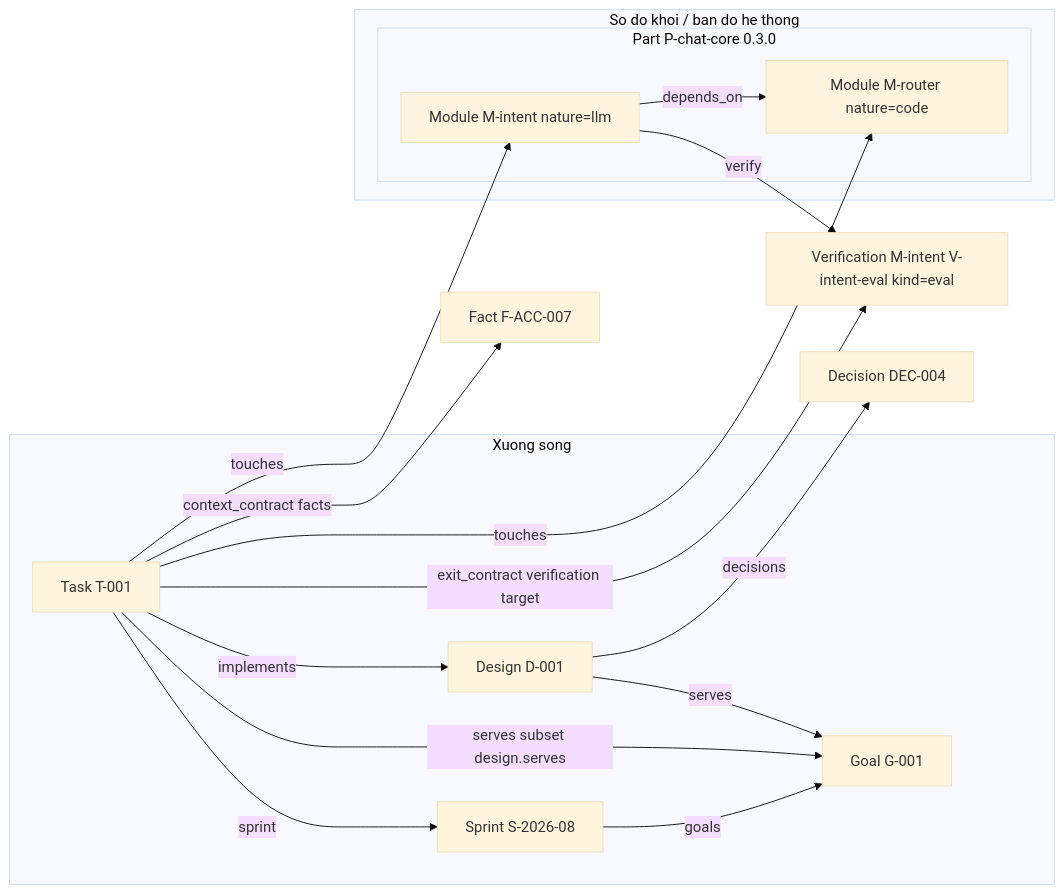
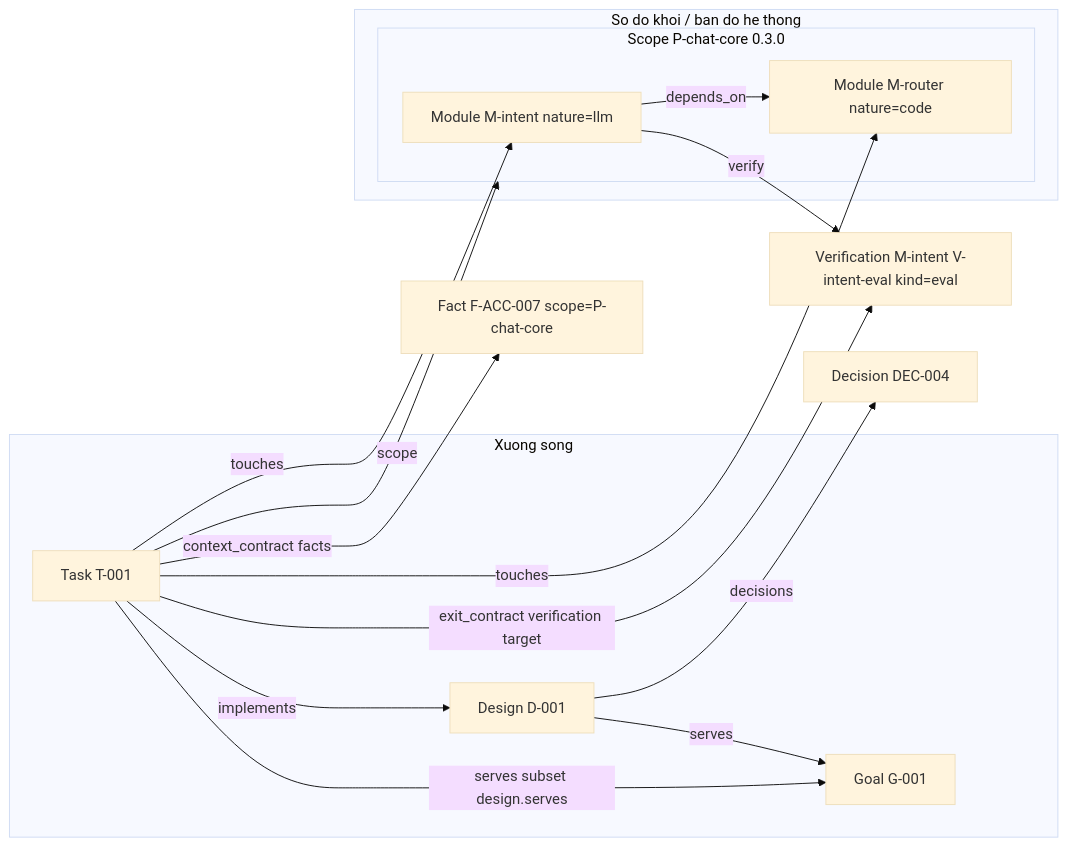
The diagram in docs/CONCEPTS.md (tienhm0202/ganas), drawn with Mermaid (base theme) before and after one commit. The commit also changed other lines of this file and 42 other files, not shown here.

````diff
--- a/docs/CONCEPTS.md
+++ b/docs/CONCEPTS.md
@@ -440,35 +463,33 @@
 ```mermaid
 flowchart LR
   subgraph spine["Xuong song"]
     G["Goal G-001"]
     D["Design D-001"]
     T["Task T-001"]
-    SP["Sprint S-2026-08"]
     T -->|implements| D
     D -->|serves| G
     T -->|serves subset design.serves| G
-    T -->|sprint| SP
-    SP -->|goals| G
   end
 
   subgraph system["So do khoi / ban do he thong"]
-    subgraph P["Part P-chat-core 0.3.0"]
+    subgraph P["Scope P-chat-core 0.3.0"]
       M1["Module M-intent nature=llm"]
       M2["Module M-router nature=code"]
     end
     M1 -->|depends_on| M2
   end
 
   V1["Verification M-intent V-intent-eval kind=eval"]
   M1 -->|verify| V1
 
+  T -->|scope| P
   T -->|touches| M1
   T -->|touches| M2
   T -->|exit_contract verification target| V1
 
-  F["Fact F-ACC-007"]
+  F["Fact F-ACC-007 scope=P-chat-core"]
   T -->|context_contract facts| F
 
   DEC["Decision DEC-004"]
   D -->|decisions| DEC
 ```
````
